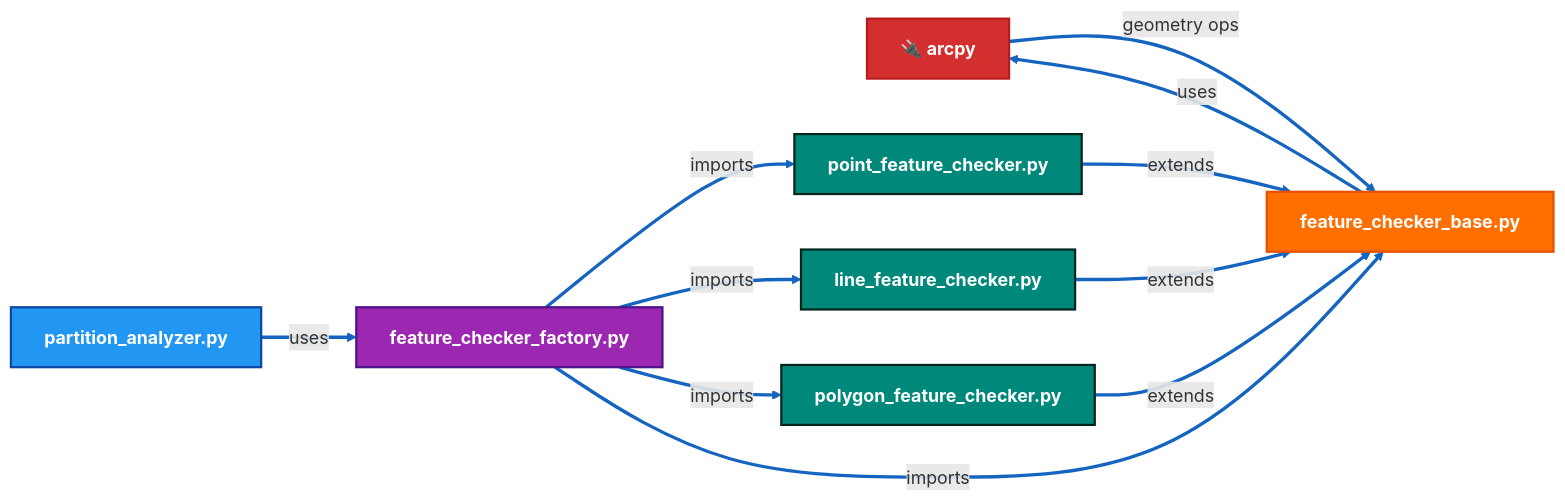
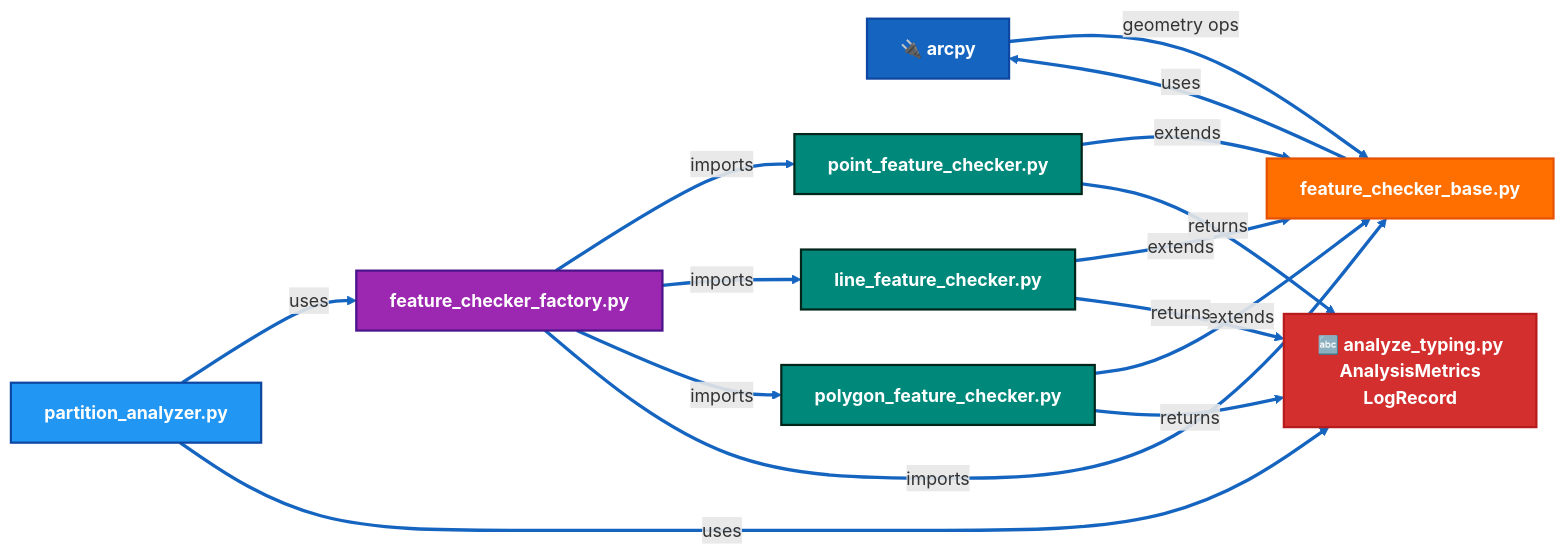
One commit to kartverket/automatisk-generalisering changed the second of 5 diagrams in partition_validation/ARCHITECTURE.md. Above: the diagram before and after it, drawn with Mermaid. The commit also changed other lines of this file and 9 other files, not shown here.

````diff
--- a/partition_validation/ARCHITECTURE.md
+++ b/partition_validation/ARCHITECTURE.md
@@ -73,36 +73,43 @@
 ```mermaid
 graph LR
     arcpy["🔌 arcpy"]
+    typing["🔤 analyze_typing.py<br/>AnalysisMetrics<br/>LogRecord"]
     
     analyzer["partition_analyzer.py"]
     factory["feature_checker_factory.py"]
     base["feature_checker_base.py"]
     
     point["point_feature_checker.py"]
     line["line_feature_checker.py"]
     polygon["polygon_feature_checker.py"]
     
     arcpy -->|geometry ops| base
     
     analyzer -->|uses| factory
+    analyzer -->|uses| typing
     factory -->|imports| point
     factory -->|imports| line
     factory -->|imports| polygon
     factory -->|imports| base
     
     point -->|extends| base
     line -->|extends| base
     polygon -->|extends| base
     
     base -->|uses| arcpy
+    
+    point -->|returns| typing
+    line -->|returns| typing
+    polygon -->|returns| typing
 
     style analyzer fill:#2196F3,stroke:#0D47A1,stroke-width:2px,color:#fff,font-weight:bold
     style factory fill:#9C27B0,stroke:#4A148C,stroke-width:2px,color:#fff,font-weight:bold
     style base fill:#FF6F00,stroke:#E65100,stroke-width:2px,color:#fff,font-weight:bold
     style point fill:#00897B,stroke:#00251A,stroke-width:2px,color:#fff,font-weight:bold
     style line fill:#00897B,stroke:#00251A,stroke-width:2px,color:#fff,font-weight:bold
     style polygon fill:#00897B,stroke:#00251A,stroke-width:2px,color:#fff,font-weight:bold
-    style arcpy fill:#D32F2F,stroke:#B71C1C,stroke-width:2px,color:#fff,font-weight:bold
+    style typing fill:#D32F2F,stroke:#B71C1C,stroke-width:2px,color:#fff,font-weight:bold
+    style arcpy fill:#1565C0,stroke:#0D47A1,stroke-width:2px,color:#fff,font-weight:bold
     
     linkStyle default stroke:#1565C0,stroke-width:3px
 ```
````
